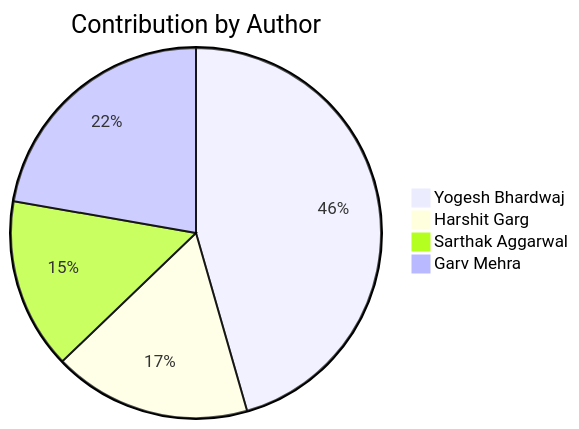
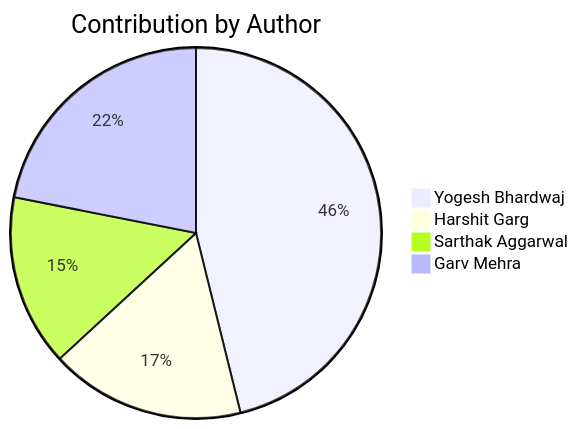
One commit to Yogesh-Bhardwaj-hue/Scm-Final_2.0 changed the second of 2 diagrams in README.md. Above: the diagram before and after it, drawn with Mermaid. The commit also changed other lines of this file, not shown here.

Commit message:
9jdplMj0fjXq

````diff
--- a/README.md
+++ b/README.md
@@ -220,7 +220,7 @@
 ```mermaid
 pie title Contribution by Author
-    "Yogesh Bhardwaj": 174
+    "Yogesh Bhardwaj": 179
     "Harshit Garg": 66
-    "Sarthak Aggarwal": 57
+    "Sarthak Aggarwal": 58
     "Garv Mehra": 85
 ```
````
